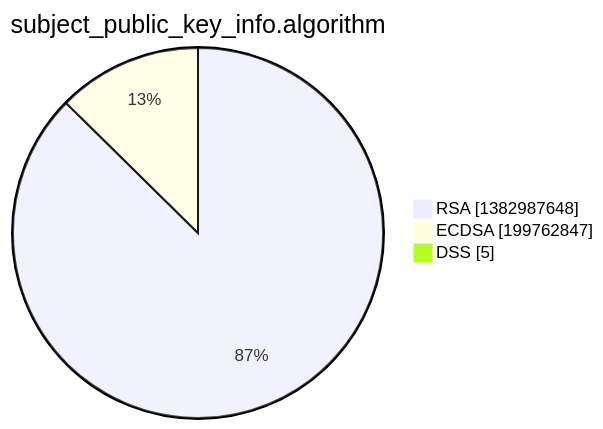
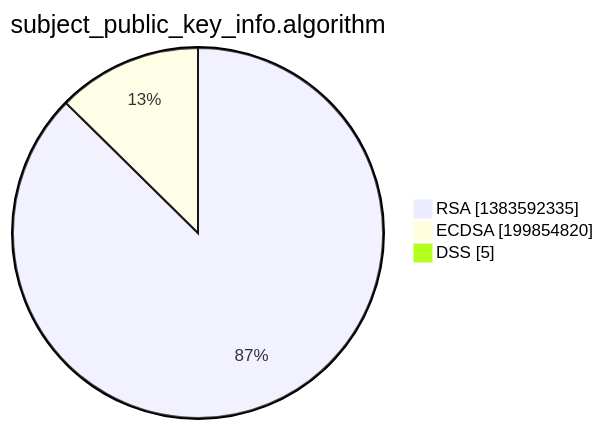
One commit to christiankrug/ctmonitor_visualization changed the third of 15 diagrams in xenon2022/README.md. Above: the diagram before and after it, drawn with Mermaid. The commit also changed other lines of this file, not shown here.

````diff
--- a/xenon2022/README.md
+++ b/xenon2022/README.md
@@ -14,7 +14,7 @@
 ```mermaid
 pie showData
 title subject_public_key_info.algorithm
-"RSA" :1382987648
-"ECDSA" :199762847
+"RSA" :1383592335
+"ECDSA" :199854820
 "DSS" :5
 ```
````
